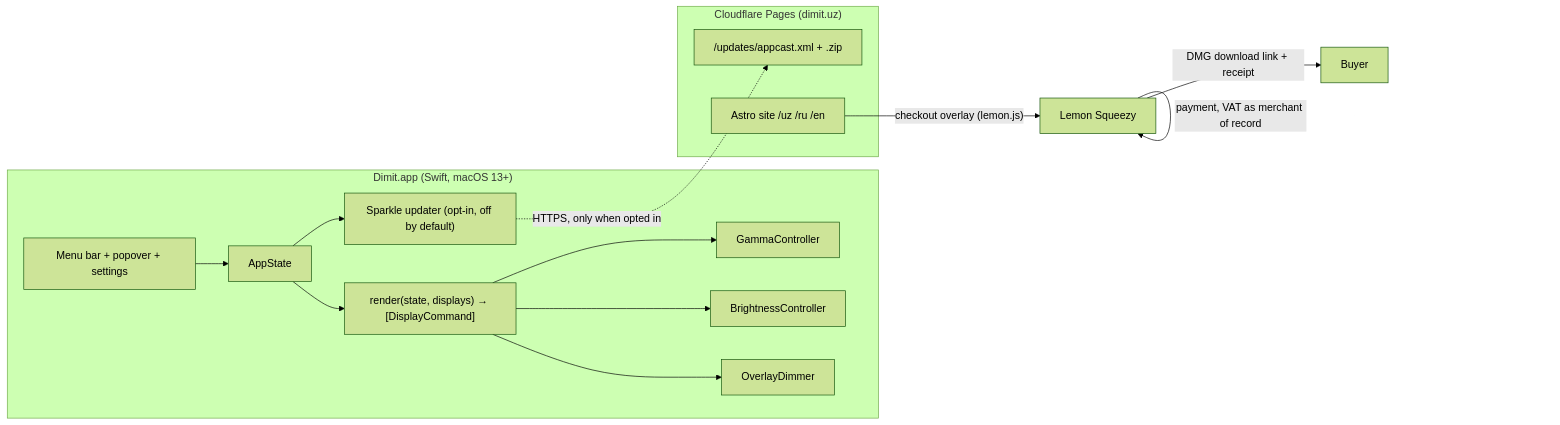
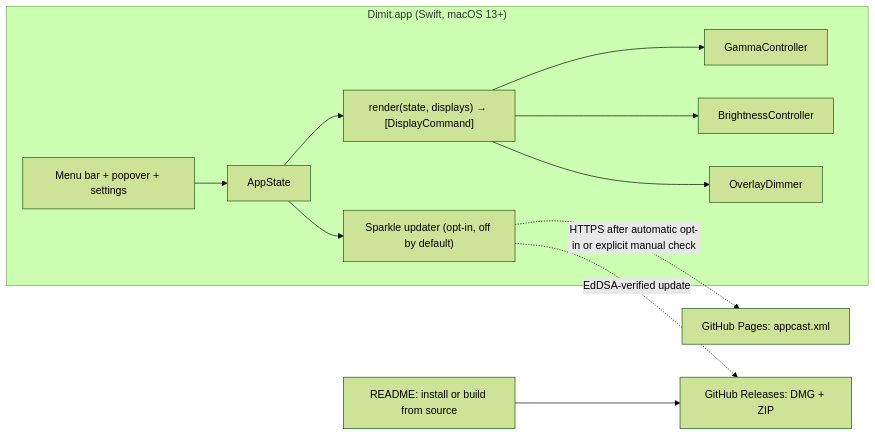
One commit to azakapro/dimit changed the first of 2 diagrams in docs/ARCHITECTURE.md. Above: the diagram before and after it, drawn with Mermaid (forest theme). The commit also changed other lines of this file and 69 other files, not shown here.

First line of the commit message:
chore: make Dimit a free, open-source MIT project

````diff
--- a/docs/ARCHITECTURE.md
+++ b/docs/ARCHITECTURE.md
@@ -9,19 +9,14 @@
 ```mermaid
 flowchart LR
     subgraph Mac["Dimit.app (Swift, macOS 13+)"]
         UI[Menu bar + popover + settings] --> State[AppState]
         State --> Render["render(state, displays) → [DisplayCommand]"]
         Render --> Gamma[GammaController]
         Render --> Bright[BrightnessController]
         Render --> Overlay[OverlayDimmer]
         State --> Upd["Sparkle updater (opt-in, off by default)"]
     end
-    Upd -. "HTTPS, only when opted in" .-> Updates
-    subgraph CFP["Cloudflare Pages (dimit.uz)"]
-        Site["Astro site /uz /ru /en"]
-        Updates["/updates/appcast.xml + .zip"]
-    end
-    Site -- "checkout overlay (lemon.js)" --> LS[Lemon Squeezy]
-    LS -- "payment, VAT as merchant of record" --> LS
-    LS -- "DMG download link + receipt" --> Buyer[Buyer]
+    Upd -. "HTTPS after automatic opt-in or explicit manual check" .-> Feed["GitHub Pages: appcast.xml"]
+    Upd -. "EdDSA-verified update" .-> Releases["GitHub Releases: DMG + ZIP"]
+    Reader["README: install or build from source"] --> Releases
 ```
````
